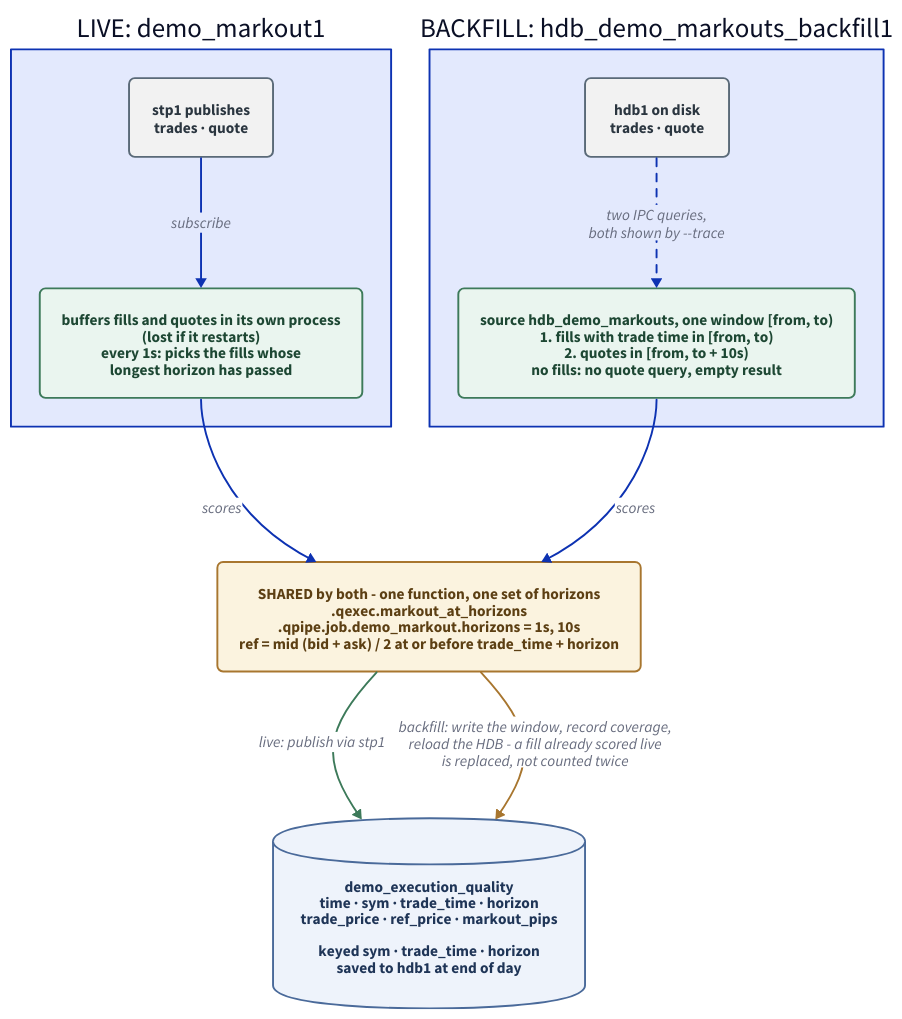
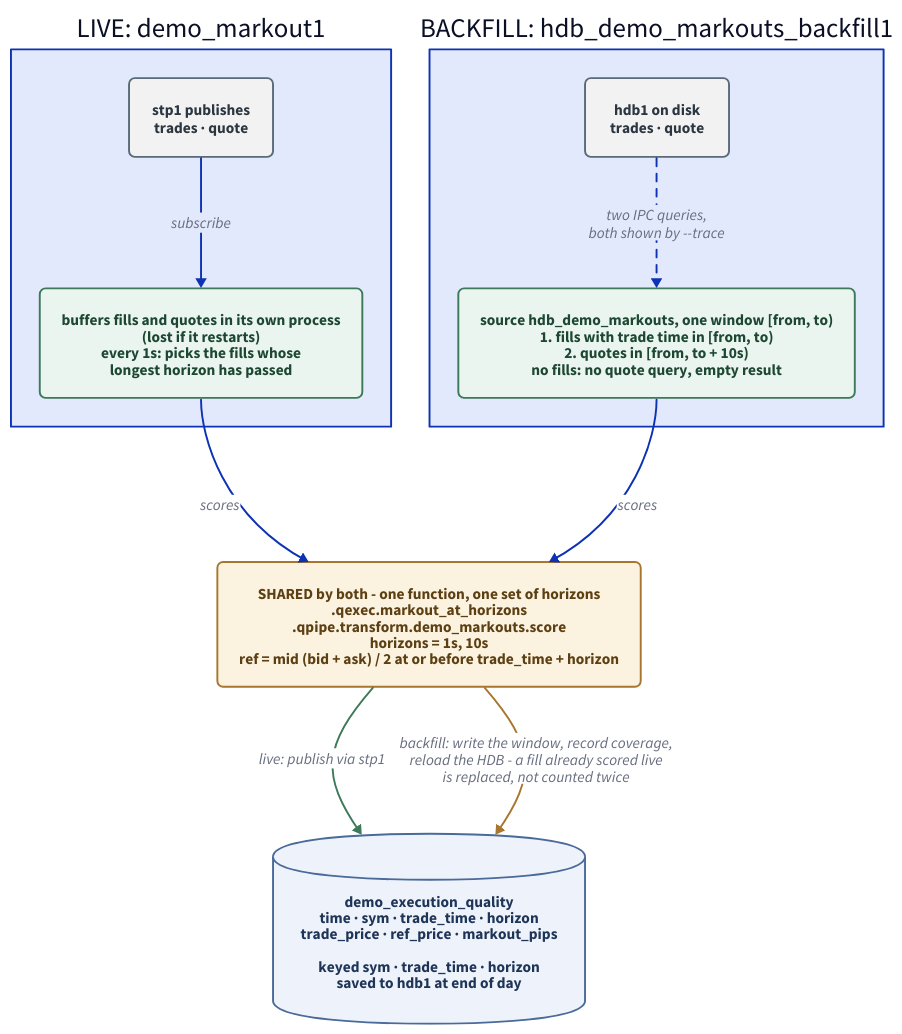
Before and after one commit to kwojdalski/uqf: the diagram in docs/diagrams/markouts.d2, drawn with D2. The commit also changed 12 other files, not shown here.

```diff
--- a/docs/diagrams/markouts.d2
+++ b/docs/diagrams/markouts.d2
@@ -1,81 +1,81 @@
 # markouts.d2 - how a fill gets marked out: live, or backfilled from the HDB.
 #
 # Rendered by scripts/generate/render_diagrams.py, which CI runs with
 # --check. Embedded from docs/services/markouts.md.
 #
 # WHAT THIS DIAGRAM IS FOR. Two jobs write demo_execution_quality, and the thing
 # worth seeing is what they SHARE: one scoring function and one set of
 # horizons, drawn once in the middle with both paths running through it.
 # That is why a fill scored by both comes out identical, and why the table's
 # key (sym, trade_time, horizon) can replace one with the other instead of
 # counting the fill twice. The live path is on the left, as it happens; the
 # backfill on the right, as it reads what the live path left on disk.
 
 direction: down
 
 vars: {
   d2-config: {
     pad: 40
   }
 }
 
 classes: {
   job: {
     style: {
       fill: "#eaf5ef"
       stroke: "#3d7a5a"
       font-color: "#1d4733"
       border-radius: 6
     }
   }
   table: {
     shape: cylinder
     style: {
       fill: "#eef3fb"
       stroke: "#4a6a9a"
       font-color: "#1f3557"
     }
   }
   shared: {
     style: {
       fill: "#fbf3df"
       stroke: "#a8762f"
       font-color: "#5c3f13"
       border-radius: 6
       stroke-width: 2
     }
   }
   store: {
     style: {
       fill: "#f2f2f2"
       stroke: "#5a6a78"
       font-color: "#2b3640"
       border-radius: 6
     }
   }
 }
 
 live: "LIVE: demo_markout1" {
   tp: "stp1 publishes\ntrades · quote" { class: store }
   buffer: "buffers fills and quotes in its own process\n(lost if it restarts)\nevery 1s: picks the fills whose\nlongest horizon has passed" { class: job }
   tp -> buffer: "subscribe"
 }
 
 backfill: "BACKFILL: hdb_demo_markouts_backfill1" {
   hdb: "hdb1 on disk\ntrades · quote" { class: store }
   query: "source hdb_demo_markouts, one window [from, to)\n1. fills with trade time in [from, to)\n2. quotes in [from, to + 10s)\nno fills: no quote query, empty result" { class: job }
   hdb -> query: "two IPC queries,\nboth shown by --trace" { style.stroke-dash: 4 }
 }
 
-scoring: "SHARED by both - one function, one set of horizons\n.qexec.markout_at_horizons\n.qpipe.job.demo_markout.horizons = 1s, 10s\nref = mid (bid + ask) / 2 at or before trade_time + horizon" { class: shared }
+scoring: "SHARED by both - one function, one set of horizons\n.qexec.markout_at_horizons\n.qpipe.transform.demo_markouts.score\nhorizons = 1s, 10s\nref = mid (bid + ask) / 2 at or before trade_time + horizon" { class: shared }
 
 eq: "demo_execution_quality\ntime · sym · trade_time · horizon\ntrade_price · ref_price · markout_pips\n\nkeyed sym · trade_time · horizon\nsaved to hdb1 at end of day" { class: table }
 
 live.buffer -> scoring: "scores"
 backfill.query -> scoring: "scores"
 scoring -> eq: "live: publish via stp1" {
   style.stroke: "#3d7a5a"
 }
 scoring -> eq: "backfill: write the window, record coverage,\nreload the HDB - a fill already scored live\nis replaced, not counted twice" {
   style.stroke: "#a8762f"
 }
```
